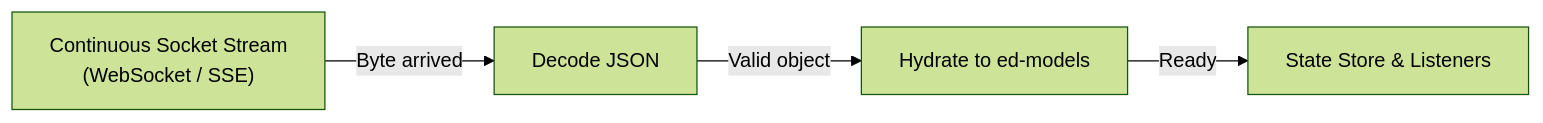
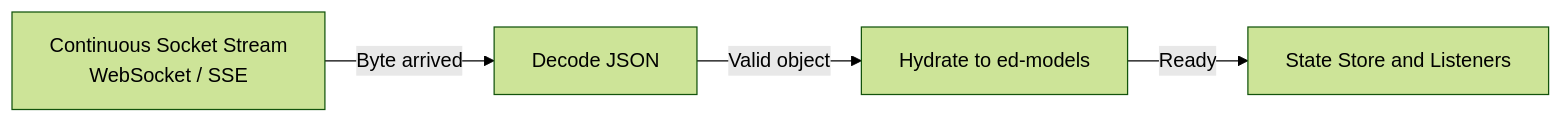
The second of 10 diagrams in architecture/notes/event_driven_telemetry_and_state_fundamentals.md (mnaatjes/ed-fleet-client), drawn with Mermaid (forest theme) before and after one commit. The commit also changed other lines of this file, not shown here.

Commit message:
docs(architecture): sanitize mermaid diagram syntax in fundamentals guide

````diff
--- a/architecture/notes/event_driven_telemetry_and_state_fundamentals.md
+++ b/architecture/notes/event_driven_telemetry_and_state_fundamentals.md
@@ -46,6 +46,6 @@
 ```mermaid
 flowchart LR
-    Source["Continuous Socket Stream\n(WebSocket / SSE)"] -->|"Byte arrived"| Decode["Decode JSON"]
-    Decode -->|"Valid object"| Transform["Hydrate to ed-models"]
-    Transform -->|"Ready"| Sink["State Store & Listeners"]
+    Source["Continuous Socket Stream<br/>WebSocket / SSE"] -->|Byte arrived| Decode["Decode JSON"]
+    Decode -->|Valid object| Transform["Hydrate to ed-models"]
+    Transform -->|Ready| Sink["State Store and Listeners"]
 ```
````
